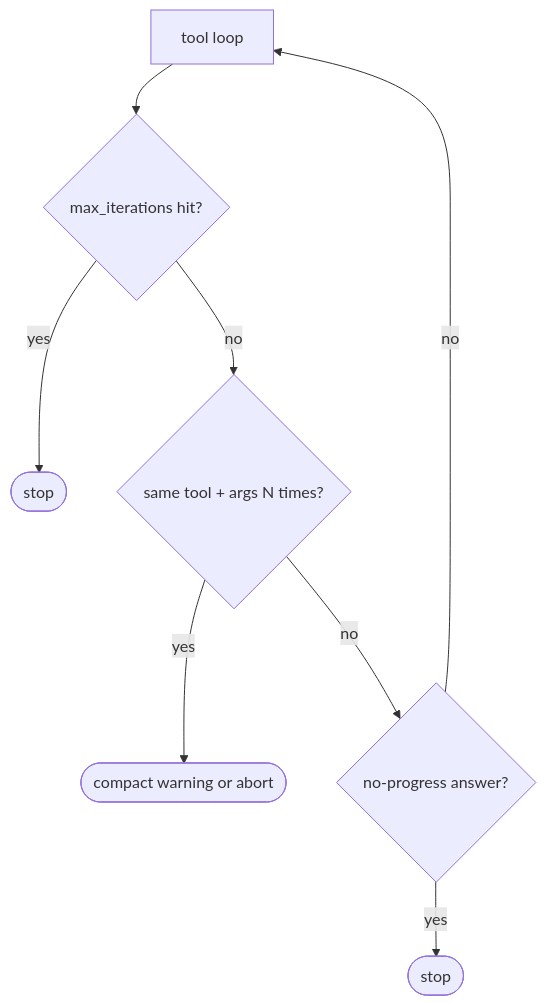
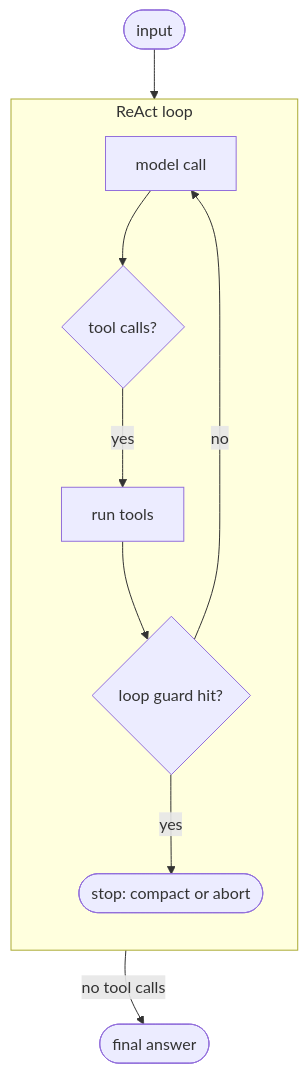
Before and after one commit to michaelatamuk/openjiuwen-jiuwenswarm: diagram 15 of 31 in docs-michael/agent-interview-questions.md, drawn with Mermaid. The commit also changed other lines of this file, not shown here.

````diff
--- a/docs-michael/agent-interview-questions.md
+++ b/docs-michael/agent-interview-questions.md
@@ -267,10 +304,14 @@
 ```mermaid
 flowchart TD
-    L["tool loop"] --> G1{"max_iterations hit?"}
-    G1 -->|yes| X1(["stop"])
-    G1 -->|no| G2{"same tool + args N times?"}
-    G2 -->|yes| X2(["compact warning or abort"])
-    G2 -->|no| G3{"no-progress answer?"}
-    G3 -->|yes| X3(["stop"])
-    G3 -->|no| L
+    I(["input"]) --> M
+    subgraph LOOP["ReAct loop"]
+    direction TB
+        M["model call"] --> D{"tool calls?"}
+        D -->|yes| T["run tools"]
+        T --> G{"loop guard hit?"}
+        G -->|no| M
+        G -->|yes| X(["stop: compact or abort"])
+    end
+    D -->|"no tool calls"| A(["final answer"])
+    X ~~~ A
 ```
````
